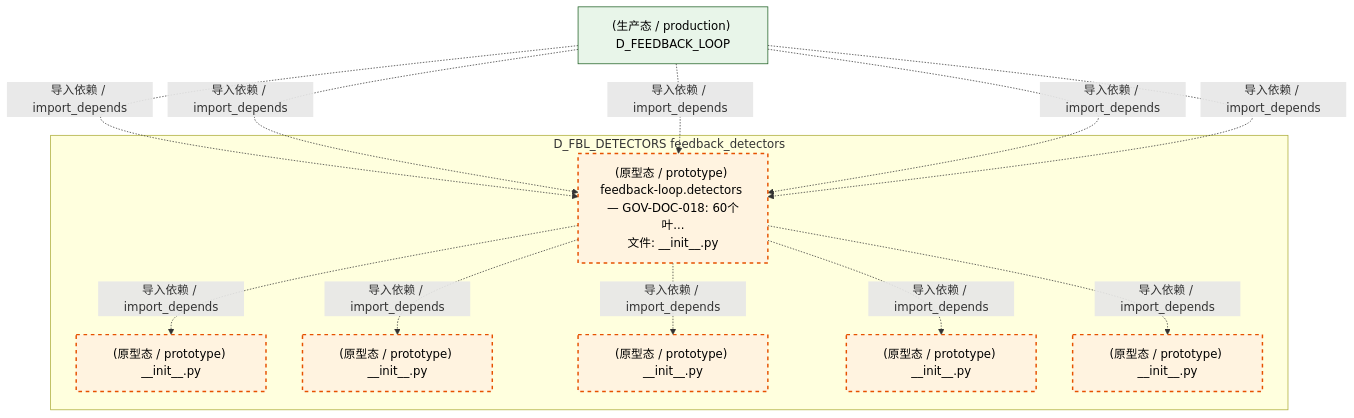
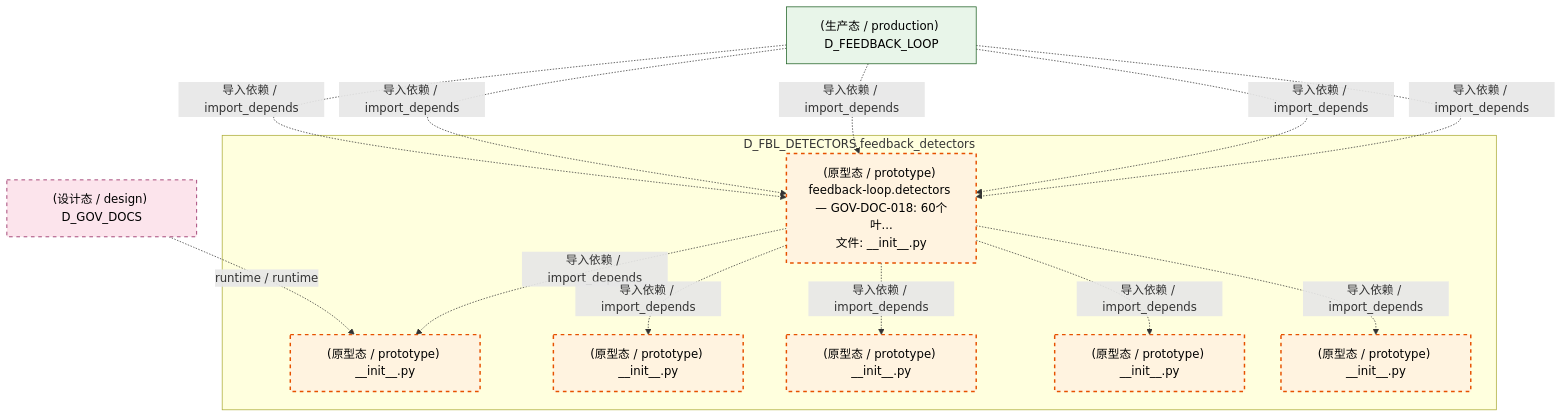
The fifth of 6 diagrams in docs/02_enterprise_architecture/02_domain_architecture_docs/11_d_fbl_detectors.md (xuanFelixVan/ZephyrAlpha), drawn with Mermaid before and after one commit. The commit also changed other lines of this file and 102 other files, not shown here.

````diff
--- a/docs/02_enterprise_architecture/02_domain_architecture_docs/11_d_fbl_detectors.md
+++ b/docs/02_enterprise_architecture/02_domain_architecture_docs/11_d_fbl_detectors.md
@@ -336,28 +339,31 @@
 ```mermaid
 graph TD
     subgraph D_FBL_DETECTORS["D_FBL_DETECTORS feedback_detectors"]
         src_zephyr_feedback_loop_detectors_init_py["(原型态 / prototype) feedback-loop.detectors — GOV-DOC-018: 60个叶...<br/>文件: __init__.py"]
         src_zephyr_feedback_loop_detectors_anomaly_init_py["(原型态 / prototype) __init__.py"]
         src_zephyr_feedback_loop_detectors_correlation_init_py["(原型态 / prototype) __init__.py"]
         src_zephyr_feedback_loop_detectors_drift_init_py["(原型态 / prototype) __init__.py"]
         src_zephyr_feedback_loop_detectors_guard_init_py["(原型态 / prototype) __init__.py"]
         src_zephyr_feedback_loop_detectors_reliability_init_py["(原型态 / prototype) __init__.py"]
     end
     src_zephyr_feedback_loop_detectors_init_py -.->|导入依赖 / import_depends| src_zephyr_feedback_loop_detectors_anomaly_init_py
+    src_zephyr_feedback_loop_detectors_init_py -.->|导入依赖 / import_depends| src_zephyr_feedback_loop_detectors_correlation_init_py
     src_zephyr_feedback_loop_detectors_init_py -.->|导入依赖 / import_depends| src_zephyr_feedback_loop_detectors_drift_init_py
-    src_zephyr_feedback_loop_detectors_init_py -.->|导入依赖 / import_depends| src_zephyr_feedback_loop_detectors_correlation_init_py
     src_zephyr_feedback_loop_detectors_init_py -.->|导入依赖 / import_depends| src_zephyr_feedback_loop_detectors_guard_init_py
     src_zephyr_feedback_loop_detectors_init_py -.->|导入依赖 / import_depends| src_zephyr_feedback_loop_detectors_reliability_init_py
+    D_GOV_DOCS["(设计态 / design) D_GOV_DOCS"]
+    D_GOV_DOCS -.->|runtime / runtime| src_zephyr_feedback_loop_detectors_anomaly_init_py
     D_FEEDBACK_LOOP["(生产态 / production) D_FEEDBACK_LOOP"]
     D_FEEDBACK_LOOP -.->|导入依赖 / import_depends| src_zephyr_feedback_loop_detectors_init_py
     D_FEEDBACK_LOOP -.->|导入依赖 / import_depends| src_zephyr_feedback_loop_detectors_init_py
     D_FEEDBACK_LOOP -.->|导入依赖 / import_depends| src_zephyr_feedback_loop_detectors_init_py
     D_FEEDBACK_LOOP -.->|导入依赖 / import_depends| src_zephyr_feedback_loop_detectors_init_py
     D_FEEDBACK_LOOP -.->|导入依赖 / import_depends| src_zephyr_feedback_loop_detectors_init_py
     classDef production fill:#e1f5fe,stroke:#01579b,stroke-width:2px,color:#000
     classDef design fill:#fff3e0,stroke:#e65100,stroke-width:2px,color:#000,stroke-dasharray: 5 5
     classDef external_prod fill:#e8f5e9,stroke:#1b5e20,stroke-width:1px,color:#000
     classDef external_design fill:#fce4ec,stroke:#880e4f,stroke-width:1px,color:#000,stroke-dasharray: 5 5
     class src_zephyr_feedback_loop_detectors_init_py,src_zephyr_feedback_loop_detectors_anomaly_init_py,src_zephyr_feedback_loop_detectors_correlation_init_py,src_zephyr_feedback_loop_detectors_drift_init_py,src_zephyr_feedback_loop_detectors_guard_init_py,src_zephyr_feedback_loop_detectors_reliability_init_py design
     class D_FEEDBACK_LOOP external_prod
+    class D_GOV_DOCS external_design
 ```
````
